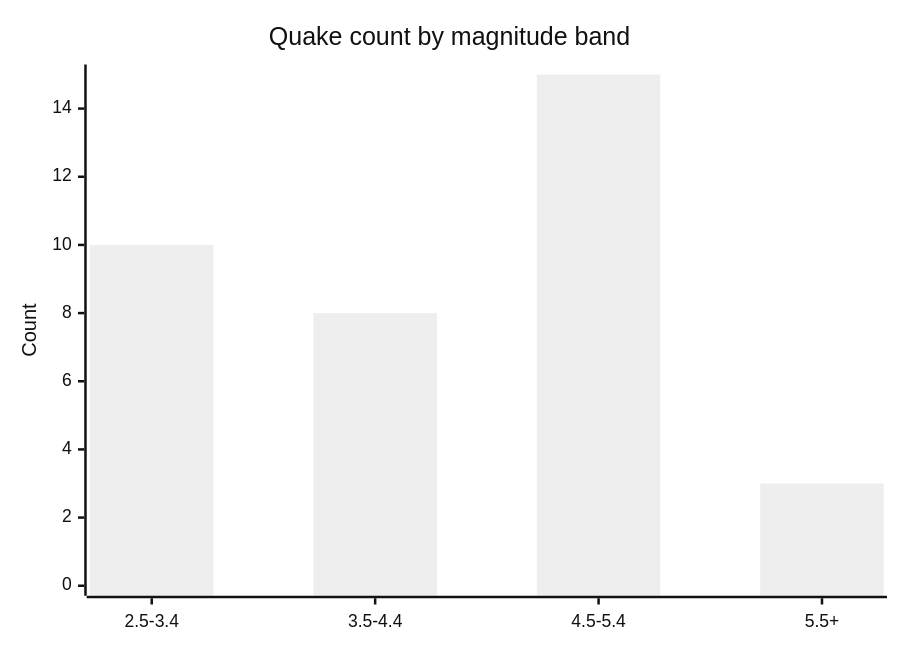
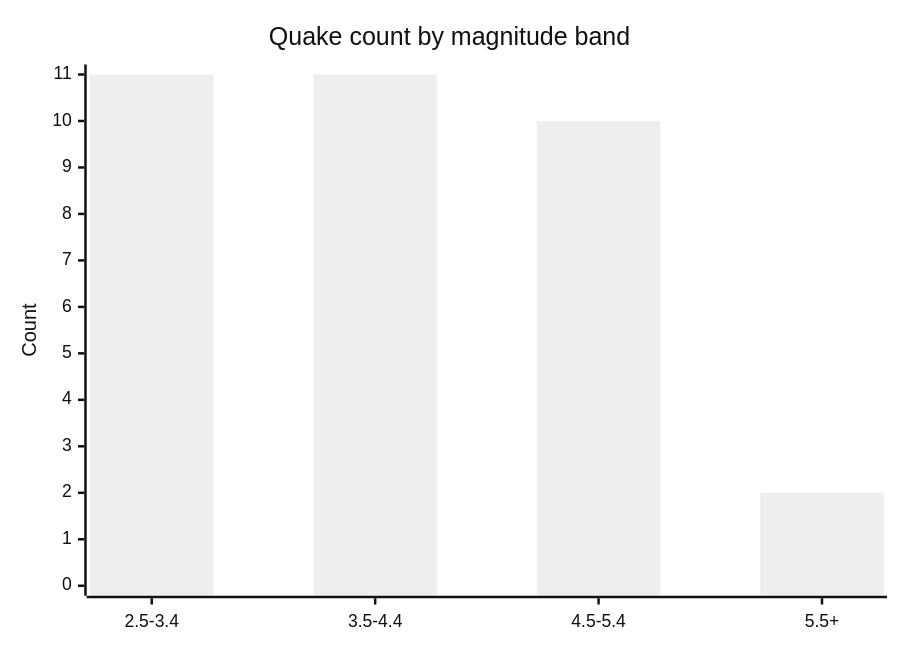
The fifth of 6 diagrams in docs/GRAPHS.md (Midwest-Stratospheric/aerostratospheric-defense-gir), drawn with Mermaid (neutral theme) before and after one commit. The commit also changed other lines of this file and 23 other files, not shown here.

````diff
--- a/docs/GRAPHS.md
+++ b/docs/GRAPHS.md
@@ -82,7 +82,7 @@
 ```mermaid
 xychart-beta
   title "Quake count by magnitude band"
   x-axis ["2.5-3.4", "3.5-4.4", "4.5-5.4", "5.5+"]
-  y-axis "Count" 0 --> 15
-  bar [10, 8, 15, 3]
+  y-axis "Count" 0 --> 11
+  bar [11, 11, 10, 2]
 ```
````
